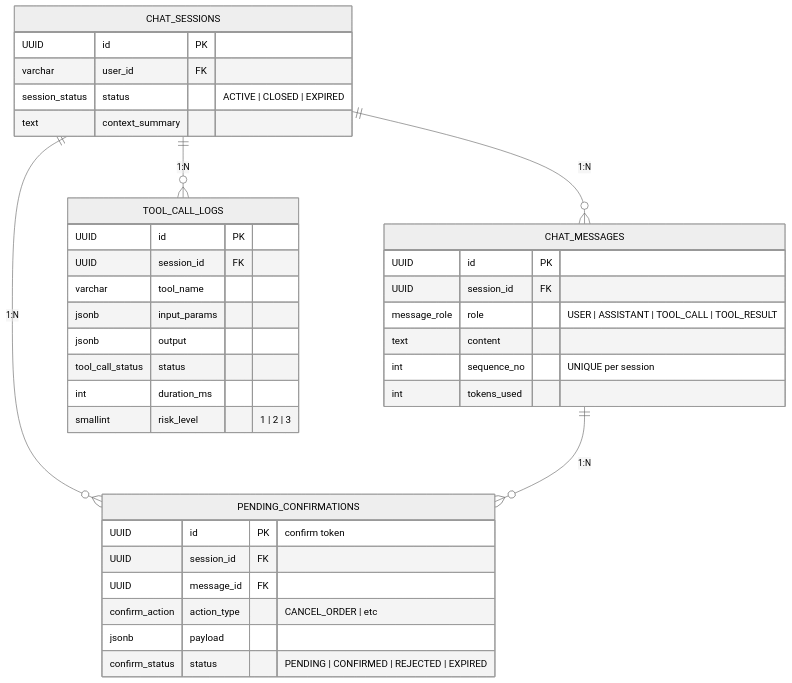
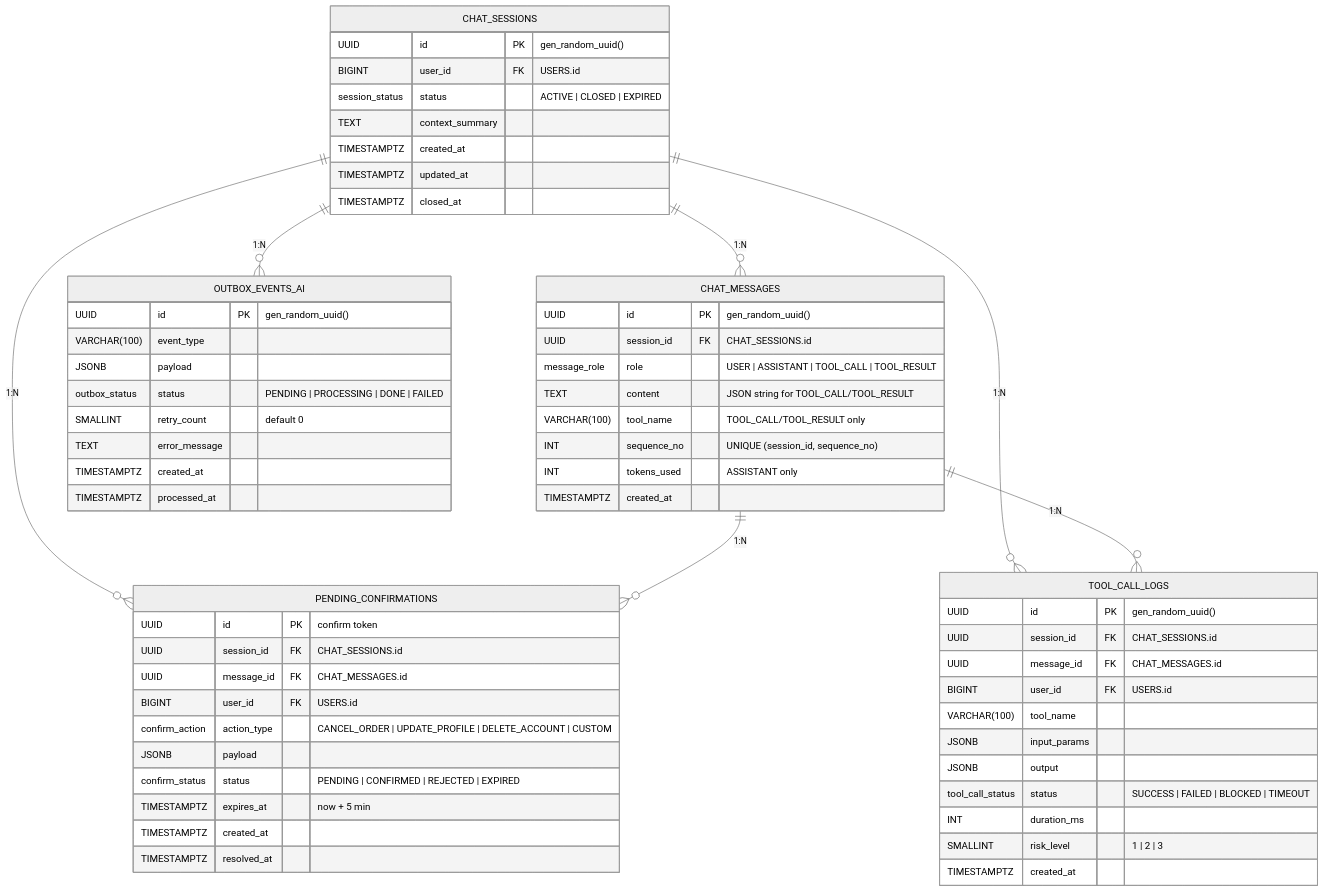
The sixth of 10 diagrams in docs/architecture/diagrams/01_erd_compact.md (ldqanh1408/stealing-from-paradise), drawn with Mermaid (neutral theme) before and after one commit. The commit also changed other lines of this file and 21 other files, not shown here.

Commit message:
chore: update service ports in Kafka events documentation and restore user_id in refunds table

````diff
--- a/docs/architecture/diagrams/01_erd_compact.md
+++ b/docs/architecture/diagrams/01_erd_compact.md
@@ -250,43 +332,68 @@
 ```mermaid
 erDiagram
     CHAT_SESSIONS ||--o{ CHAT_MESSAGES : "1:N"
     CHAT_SESSIONS ||--o{ PENDING_CONFIRMATIONS : "1:N"
     CHAT_SESSIONS ||--o{ TOOL_CALL_LOGS : "1:N"
+    CHAT_SESSIONS ||--o{ OUTBOX_EVENTS_AI : "1:N"
     CHAT_MESSAGES ||--o{ PENDING_CONFIRMATIONS : "1:N"
+    CHAT_MESSAGES ||--o{ TOOL_CALL_LOGS : "1:N"
 
     CHAT_SESSIONS {
-        UUID id PK
-        varchar user_id FK
+        UUID id PK "gen_random_uuid()"
+        BIGINT user_id FK "USERS.id"
         session_status status "ACTIVE | CLOSED | EXPIRED"
-        text context_summary
+        TEXT context_summary
+        TIMESTAMPTZ created_at
+        TIMESTAMPTZ updated_at
+        TIMESTAMPTZ closed_at
     }
 
     CHAT_MESSAGES {
-        UUID id PK
-        UUID session_id FK
+        UUID id PK "gen_random_uuid()"
+        UUID session_id FK "CHAT_SESSIONS.id"
         message_role role "USER | ASSISTANT | TOOL_CALL | TOOL_RESULT"
-        text content
-        int sequence_no "UNIQUE per session"
-        int tokens_used
+        TEXT content "JSON string for TOOL_CALL/TOOL_RESULT"
+        VARCHAR(100) tool_name "TOOL_CALL/TOOL_RESULT only"
+        INT sequence_no "UNIQUE (session_id, sequence_no)"
+        INT tokens_used "ASSISTANT only"
+        TIMESTAMPTZ created_at
     }
 
     PENDING_CONFIRMATIONS {
         UUID id PK "confirm token"
-        UUID session_id FK
-        UUID message_id FK
-        confirm_action action_type "CANCEL_ORDER | etc"
-        jsonb payload
+        UUID session_id FK "CHAT_SESSIONS.id"
+        UUID message_id FK "CHAT_MESSAGES.id"
+        BIGINT user_id FK "USERS.id"
+        confirm_action action_type "CANCEL_ORDER | UPDATE_PROFILE | DELETE_ACCOUNT | CUSTOM"
+        JSONB payload
         confirm_status status "PENDING | CONFIRMED | REJECTED | EXPIRED"
+        TIMESTAMPTZ expires_at "now + 5 min"
+        TIMESTAMPTZ created_at
+        TIMESTAMPTZ resolved_at
     }
 
     TOOL_CALL_LOGS {
-        UUID id PK
-        UUID session_id FK
-        varchar tool_name
-        jsonb input_params
-        jsonb output
-        tool_call_status status
-        int duration_ms
-        smallint risk_level "1 | 2 | 3"
+        UUID id PK "gen_random_uuid()"
+        UUID session_id FK "CHAT_SESSIONS.id"
+        UUID message_id FK "CHAT_MESSAGES.id"
+        BIGINT user_id FK "USERS.id"
+        VARCHAR(100) tool_name
+        JSONB input_params
+        JSONB output
+        tool_call_status status "SUCCESS | FAILED | BLOCKED | TIMEOUT"
+        INT duration_ms
+        SMALLINT risk_level "1 | 2 | 3"
+        TIMESTAMPTZ created_at
+    }
+
+    OUTBOX_EVENTS_AI {
+        UUID id PK "gen_random_uuid()"
+        VARCHAR(100) event_type
+        JSONB payload
+        outbox_status status "PENDING | PROCESSING | DONE | FAILED"
+        SMALLINT retry_count "default 0"
+        TEXT error_message
+        TIMESTAMPTZ created_at
+        TIMESTAMPTZ processed_at
     }
 ```
````
